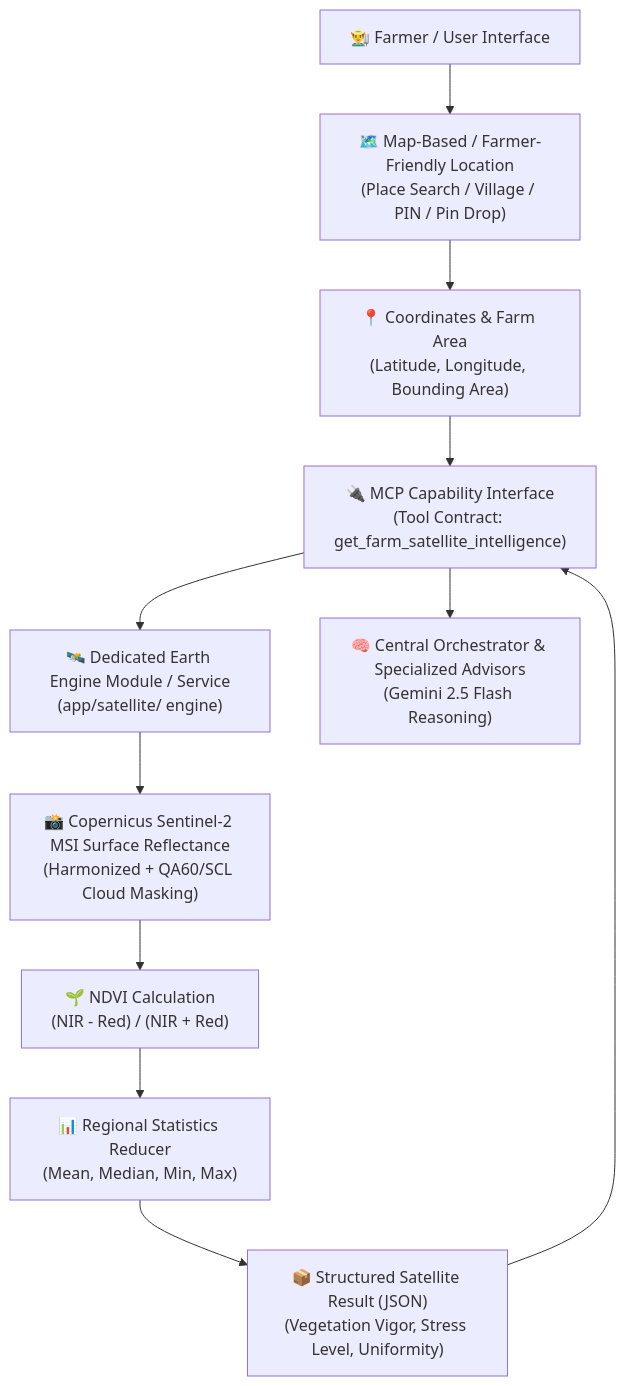
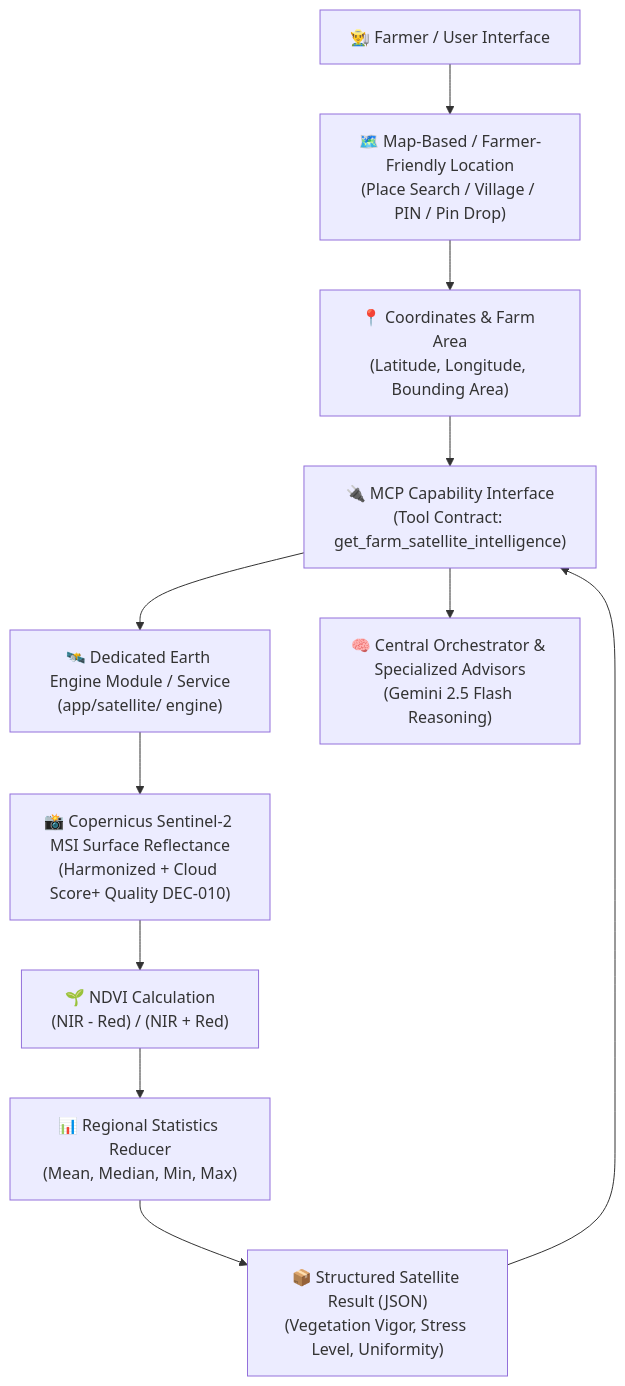
Before and after one commit to Kushagra-Dixit-0906/bharatsahayak-v2: the second of 2 diagrams in docs/ARCHITECTURE.md, drawn with Mermaid. The commit also changed other lines of this file and 5 other files, not shown here.

Commit message:
docs: finalize DEC-010 observation quality architecture

````diff
--- a/docs/ARCHITECTURE.md
+++ b/docs/ARCHITECTURE.md
@@ -162,13 +162,13 @@
 ```mermaid
 graph TD
     A["👨‍🌾 Farmer / User Interface"] --> B["🗺️ Map-Based / Farmer-Friendly Location\n(Place Search / Village / PIN / Pin Drop)"]
     B --> C["📍 Coordinates & Farm Area\n(Latitude, Longitude, Bounding Area)"]
     C --> D["🔌 MCP Capability Interface\n(Tool Contract: get_farm_satellite_intelligence)"]
     D --> E["🛰️ Dedicated Earth Engine Module / Service\n(app/satellite/ engine)"]
-    E --> F["📸 Copernicus Sentinel-2 MSI Surface Reflectance\n(Harmonized + QA60/SCL Cloud Masking)"]
+    E --> F["📸 Copernicus Sentinel-2 MSI Surface Reflectance\n(Harmonized + Cloud Score+ Quality DEC-010)"]
     F --> G["🌱 NDVI Calculation\n(NIR - Red) / (NIR + Red)"]
     G --> H["📊 Regional Statistics Reducer\n(Mean, Median, Min, Max)"]
     H --> I["📦 Structured Satellite Result (JSON)\n(Vegetation Vigor, Stress Level, Uniformity)"]
     I --> D
     D --> J["🧠 Central Orchestrator & Specialized Advisors\n(Gemini 2.5 Flash Reasoning)"]
 ```
````
